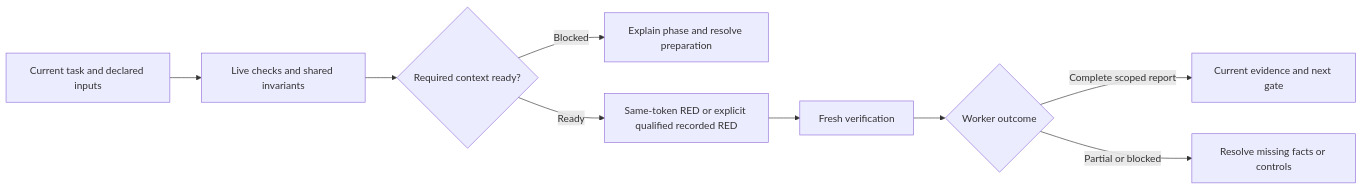
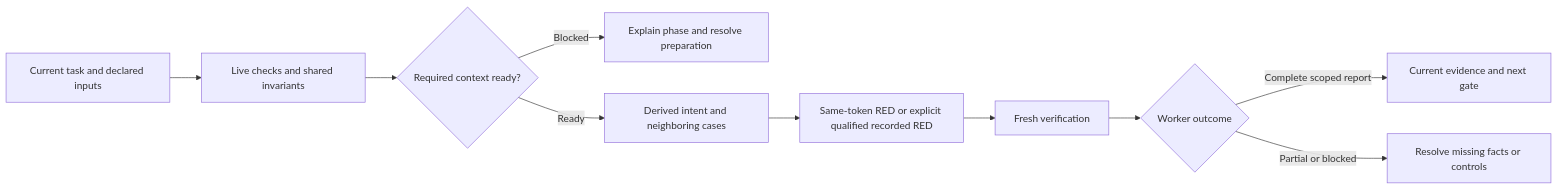
One commit to wgentil/devflow changed the diagram in skills/build-work/SKILL.md. Above: the diagram before and after it, drawn with Mermaid. The commit also changed other lines of this file and 20 other files, not shown here.

````diff
--- a/skills/build-work/SKILL.md
+++ b/skills/build-work/SKILL.md
@@ -14,11 +16,12 @@
 ```mermaid
 flowchart LR
     Scope[Current task and declared inputs] --> Checks[Live checks and shared invariants]
     Checks --> Prep{Required context ready?}
     Prep -->|Blocked| Context[Explain phase and resolve preparation]
-    Prep -->|Ready| Source[Same-token RED or explicit qualified recorded RED]
+    Prep -->|Ready| Contract[Derived intent and neighboring cases]
+    Contract --> Source[Same-token RED or explicit qualified recorded RED]
     Source --> Work[Fresh verification]
     Work --> Result{Worker outcome}
     Result -->|Complete scoped report| Evidence[Current evidence and next gate]
     Result -->|Partial or blocked| Recover[Resolve missing facts or controls]
 ```
````
